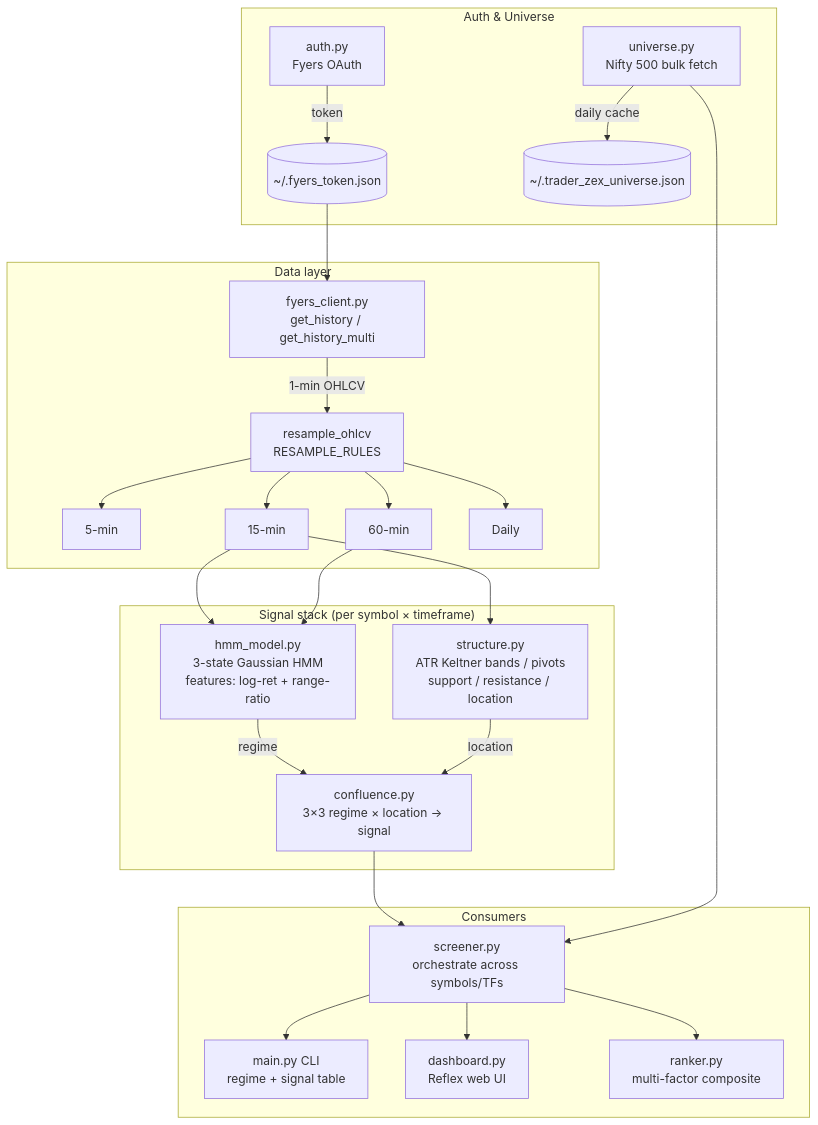
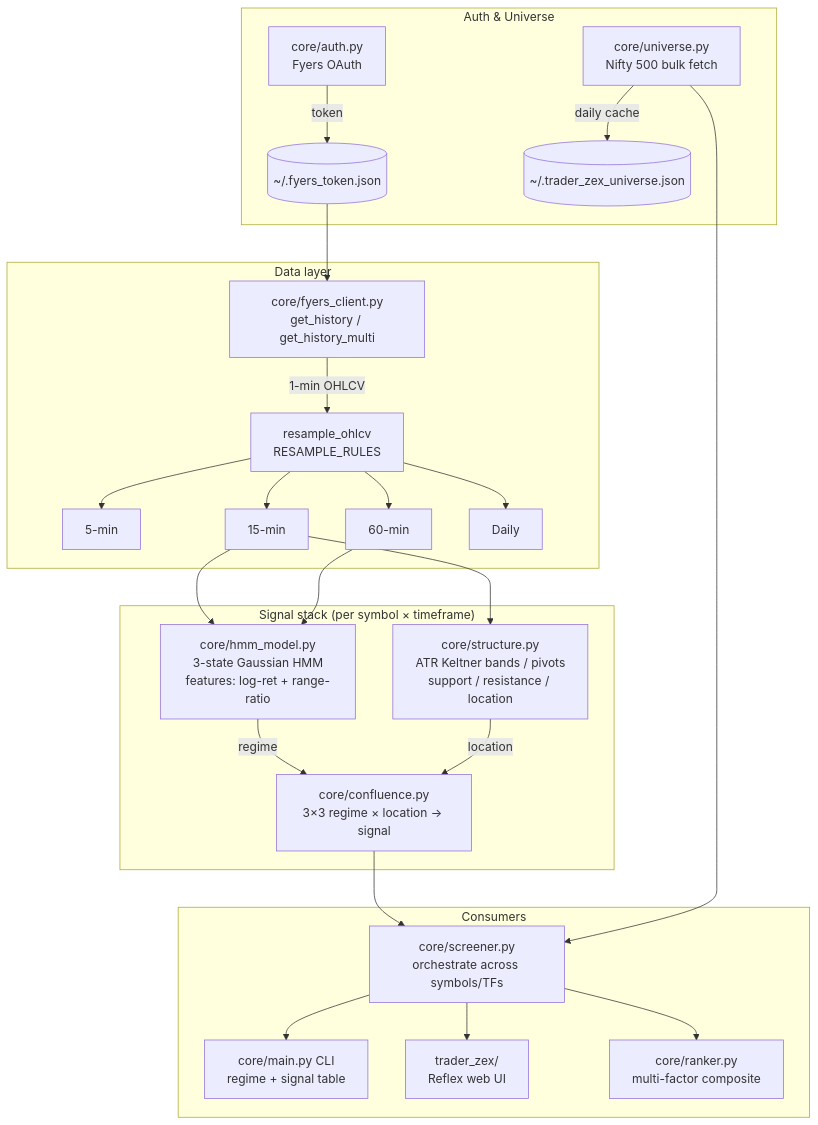
One commit to pavittarx/trader-zex changed the first of 3 diagrams in docs/ARCHITECTURE.md. Above: the diagram before and after it, drawn with Mermaid. The commit also changed 40 other files, not shown here.

````diff
--- a/docs/ARCHITECTURE.md
+++ b/docs/ARCHITECTURE.md
@@ -5,38 +5,38 @@
 ```mermaid
 flowchart TD
     subgraph AUTH["Auth & Universe"]
-        A[auth.py<br/>Fyers OAuth] -->|token| TOK[(~/.fyers_token.json)]
-        U[universe.py<br/>Nifty 500 bulk fetch] -->|daily cache| UCACHE[(~/.trader_zex_universe.json)]
+        A[core/auth.py<br/>Fyers OAuth] -->|token| TOK[(~/.fyers_token.json)]
+        U[core/universe.py<br/>Nifty 500 bulk fetch] -->|daily cache| UCACHE[(~/.trader_zex_universe.json)]
     end
 
     subgraph DATA["Data layer"]
-        FC[fyers_client.py<br/>get_history / get_history_multi]
+        FC[core/fyers_client.py<br/>get_history / get_history_multi]
         TOK --> FC
         FC -->|1-min OHLCV| RS[resample_ohlcv<br/>RESAMPLE_RULES]
         RS --> TF5[5-min]
         RS --> TF15[15-min]
         RS --> TF60[60-min]
         RS --> TFD[Daily]
     end
 
     subgraph SIGNAL["Signal stack (per symbol × timeframe)"]
-        HMM[hmm_model.py<br/>3-state Gaussian HMM<br/>features: log-ret + range-ratio]
-        STR[structure.py<br/>ATR Keltner bands / pivots<br/>support / resistance / location]
-        CONF[confluence.py<br/>3×3 regime × location → signal]
+        HMM[core/hmm_model.py<br/>3-state Gaussian HMM<br/>features: log-ret + range-ratio]
+        STR[core/structure.py<br/>ATR Keltner bands / pivots<br/>support / resistance / location]
+        CONF[core/confluence.py<br/>3×3 regime × location → signal]
         HMM -->|regime| CONF
         STR -->|location| CONF
     end
 
     TF15 --> HMM
     TF15 --> STR
     TF60 --> HMM
 
-    CONF --> SCR[screener.py<br/>orchestrate across symbols/TFs]
+    CONF --> SCR[core/screener.py<br/>orchestrate across symbols/TFs]
     U --> SCR
 
     subgraph OUTPUTS["Consumers"]
-        SCR --> MAIN[main.py CLI<br/>regime + signal table]
-        SCR --> DASH[dashboard.py<br/>Reflex web UI]
-        SCR --> RANK[ranker.py<br/>multi-factor composite]
+        SCR --> MAIN[core/main.py CLI<br/>regime + signal table]
+        SCR --> DASH[trader_zex/<br/>Reflex web UI]
+        SCR --> RANK[core/ranker.py<br/>multi-factor composite]
     end
 ```
````
